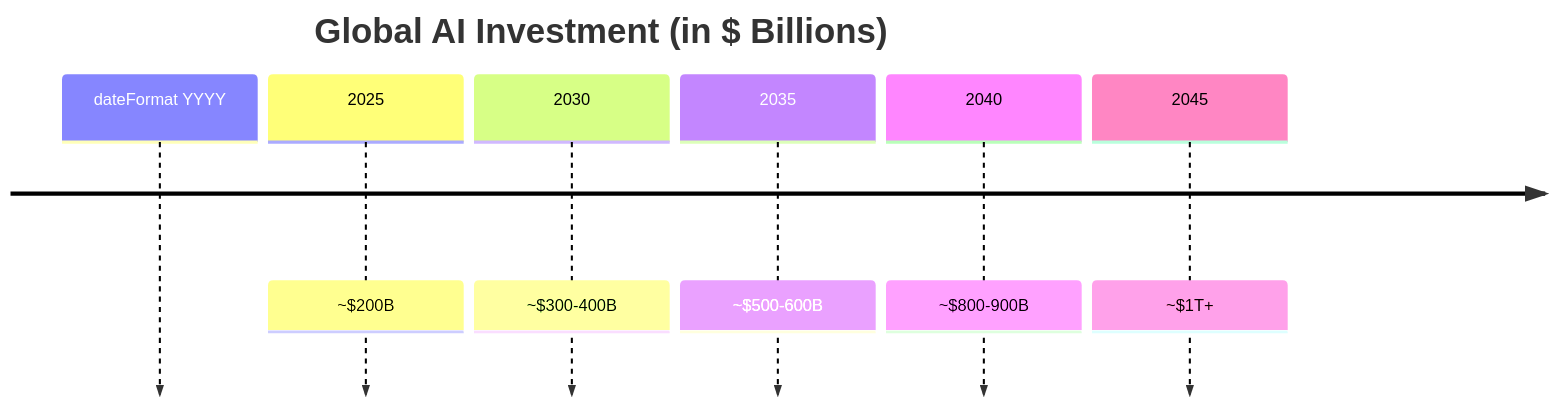
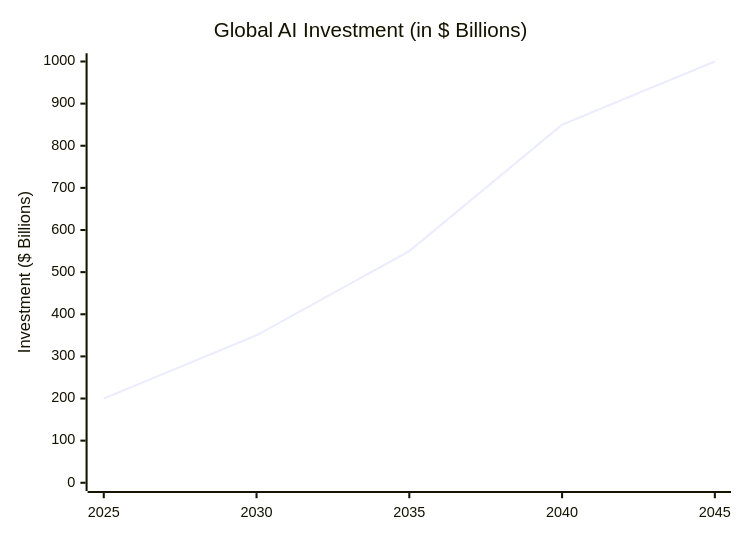
One commit to andrewmkhoury/notes changed the first of 4 diagrams in ai/ai-impact/README.md. Above: the diagram before and after it, drawn with Mermaid. The commit also changed other lines of this file, not shown here.

````diff
--- a/ai/ai-impact/README.md
+++ b/ai/ai-impact/README.md
@@ -144,10 +147,7 @@
 ```mermaid
-timeline
-title Global AI Investment (in $ Billions)
-dateFormat YYYY
-2025 : ~$200B
-2030 : ~$300-400B
-2035 : ~$500-600B
-2040 : ~$800-900B
-2045 : ~$1T+
+xychart-beta
+    title "Global AI Investment (in $ Billions)"
+    x-axis ["2025", "2030", "2035", "2040", "2045"]
+    y-axis "Investment ($ Billions)" 0 --> 1000
+    line [200, 350, 550, 850, 1000]
 ```
````
